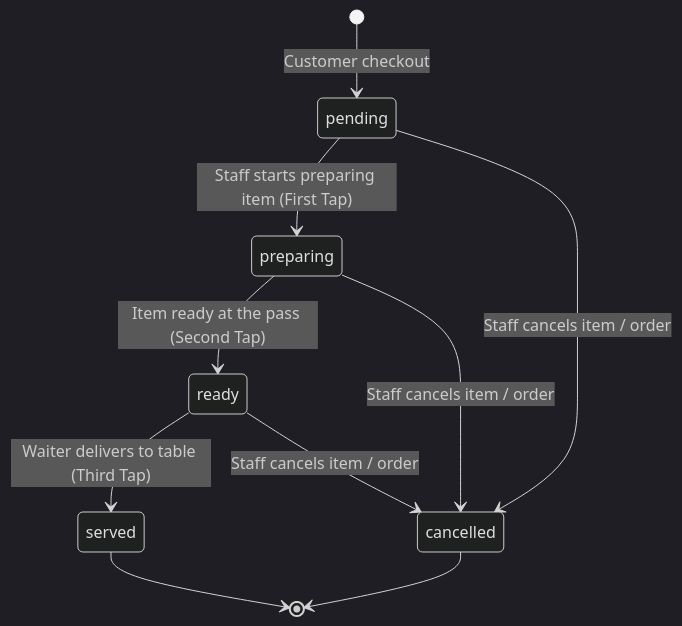
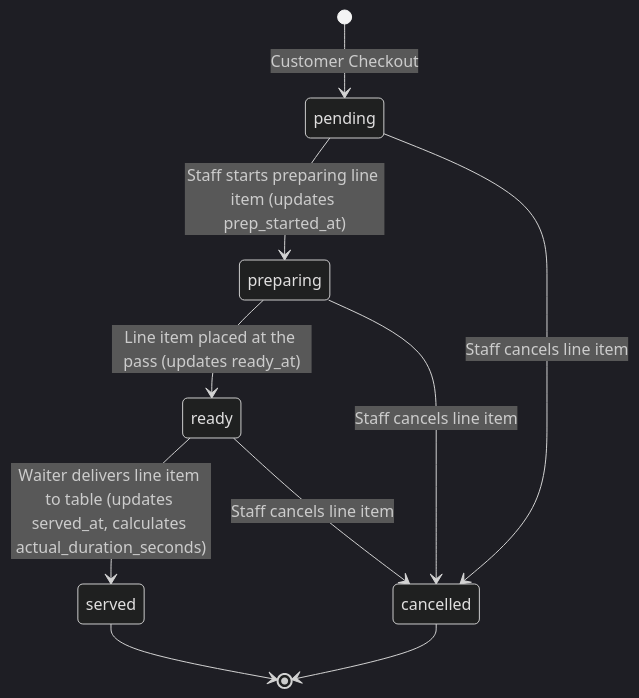
Before and after one commit to Bedant1424/OrderRAIL: the first of 2 diagrams in sprint_u3a_report.md, drawn with Mermaid (dark theme). The commit also changed other lines of this file, not shown here.

Commit message:
docs: update kitchen intelligence architecture report based on final review decisions

````diff
--- a/sprint_u3a_report.md
+++ b/sprint_u3a_report.md
@@ -112,14 +156,14 @@
 ```mermaid
 stateDiagram-v2
-    [*] --> pending : Customer checkout
-    pending --> preparing : Staff starts preparing item (First Tap)
-    preparing --> ready : Item ready at the pass (Second Tap)
-    ready --> served : Waiter delivers to table (Third Tap)
+    [*] --> pending : Customer Checkout
+    pending --> preparing : Staff starts preparing line item (updates prep_started_at)
+    preparing --> ready : Line item placed at the pass (updates ready_at)
+    ready --> served : Waiter delivers line item to table (updates served_at, calculates actual_duration_seconds)
     
-    pending --> cancelled : Staff cancels item / order
-    preparing --> cancelled : Staff cancels item / order
-    ready --> cancelled : Staff cancels item / order
+    pending --> cancelled : Staff cancels line item
+    preparing --> cancelled : Staff cancels line item
+    ready --> cancelled : Staff cancels line item
     
     served --> [*]
     cancelled --> [*]
 ```
````
